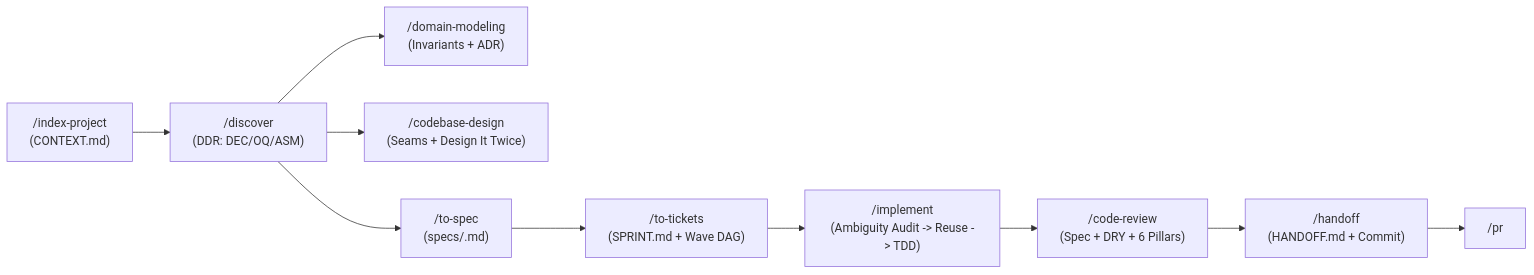
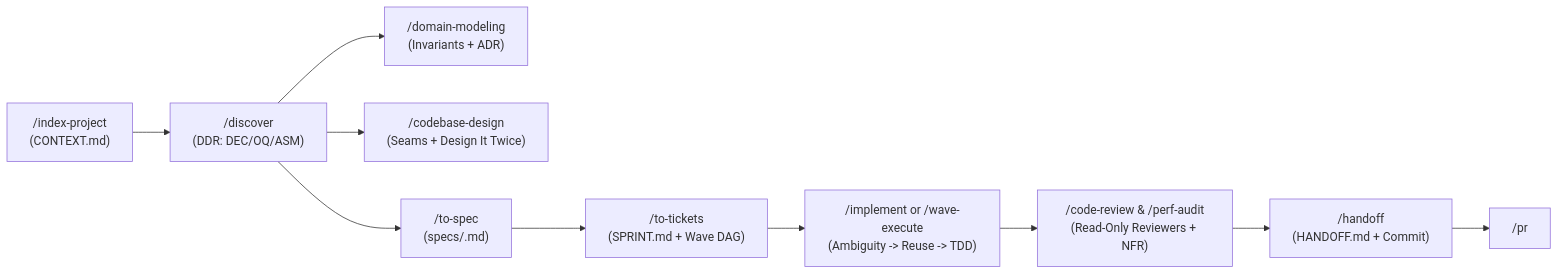
One commit to rafaelghif/antigravity-agents-core changed the diagram in README.md. Above: the diagram before and after it, drawn with Mermaid. The commit also changed other lines of this file and 55 other files, not shown here.

````diff
--- a/README.md
+++ b/README.md
@@ -109,12 +109,12 @@
 ```mermaid
 flowchart LR
     Idx["/index-project\n(CONTEXT.md)"] --> Disc["/discover\n(DDR: DEC/OQ/ASM)"]
     Disc --> DM["/domain-modeling\n(Invariants + ADR)"]
     Disc --> CD["/codebase-design\n(Seams + Design It Twice)"]
     Disc --> Spec["/to-spec\n(specs/<slug>.md)"]
     Spec --> Tickets["/to-tickets\n(SPRINT.md + Wave DAG)"]
-    Tickets --> Impl["/implement\n(Ambiguity Audit -> Reuse -> TDD)"]
-    Impl --> Review["/code-review\n(Spec + DRY + 6 Pillars)"]
+    Tickets --> Impl["/implement or /wave-execute\n(Ambiguity -> Reuse -> TDD)"]
+    Impl --> Review["/code-review & /perf-audit\n(Read-Only Reviewers + NFR)"]
     Review --> Handoff["/handoff\n(HANDOFF.md + Commit)"]
     Handoff --> PR["/pr"]
 ```
````
